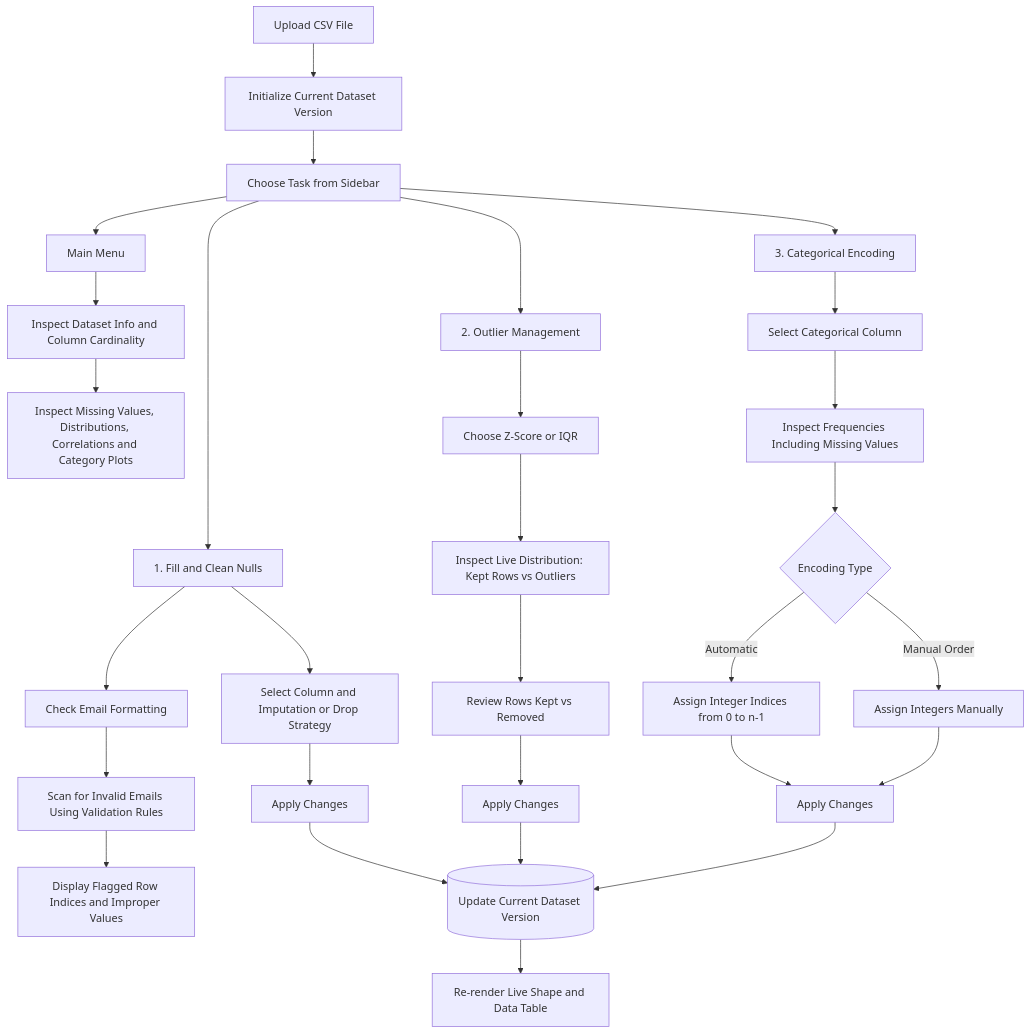
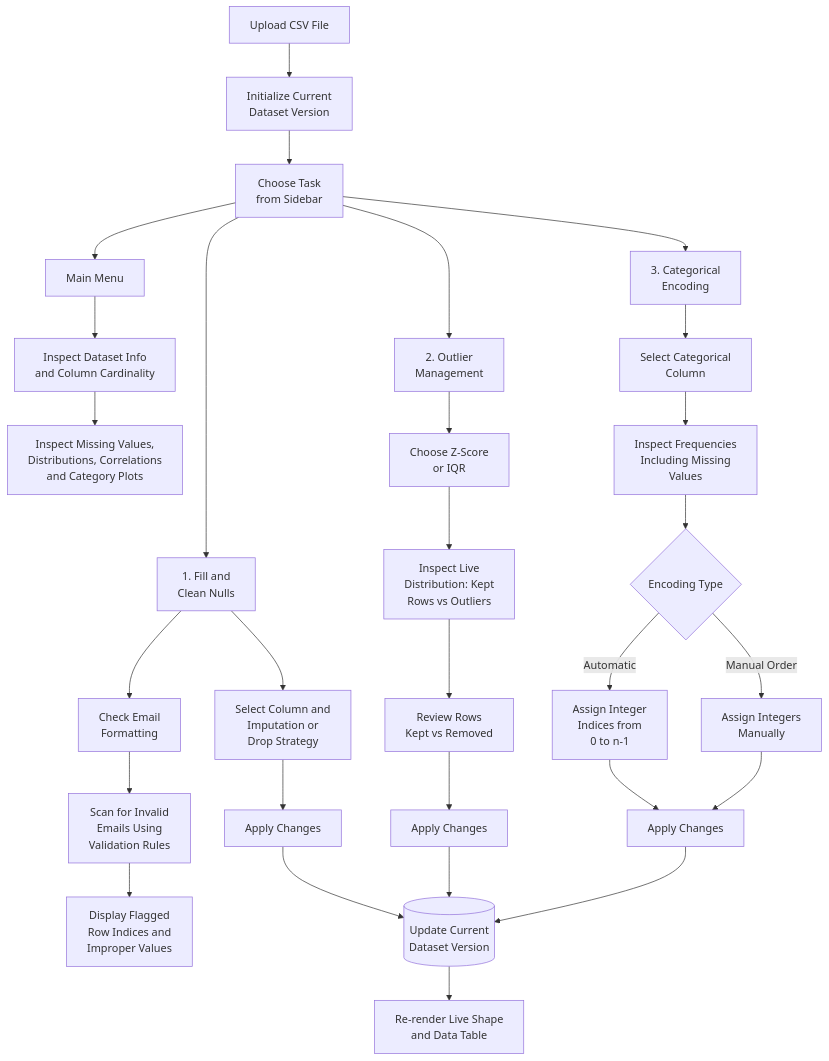
One commit to aniketbhopale/DataLave changed the second of 2 diagrams in README.md. Above: the diagram before and after it, drawn with Mermaid. The commit also changed other lines of this file, not shown here.

Commit message:
minor flow change

````diff
--- a/README.md
+++ b/README.md
@@ -71,40 +71,40 @@
 ```mermaid
 
 flowchart TD
-    A["Upload CSV File"] --> B["Initialize Current Dataset Version"]
-    B --> C["Choose Task from Sidebar"]
+    A["Upload CSV File"] --> B["Initialize Current<br/>Dataset Version"]
+    B --> C["Choose Task<br/>from Sidebar"]
 
     C --> D["Main Menu"]
-    C --> E["1. Fill and Clean Nulls"]
-    C --> F["2. Outlier Management"]
-    C --> G["3. Categorical Encoding"]
+    C --> E["1. Fill and<br/>Clean Nulls"]
+    C --> F["2. Outlier<br/>Management"]
+    C --> G["3. Categorical<br/>Encoding"]
 
-    D --> D1["Inspect Dataset Info and Column Cardinality"]
-    D1 --> D2["Inspect Missing Values, Distributions, Correlations and Category Plots"]
+    D --> D1["Inspect Dataset Info<br/>and Column Cardinality"]
+    D1 --> D2["Inspect Missing Values,<br/>Distributions, Correlations<br/>and Category Plots"]
 
-    E --> E1["Select Column and Imputation or Drop Strategy"]
+    E --> E1["Select Column and<br/>Imputation or<br/>Drop Strategy"]
     E1 --> E2["Apply Changes"]
 
-    E --> E3["Check Email Formatting"]
-    E3 --> E4["Scan for Invalid Emails Using Validation Rules"]
-    E4 --> E5["Display Flagged Row Indices and Improper Values"]
+    E --> E3["Check Email<br/>Formatting"]
+    E3 --> E4["Scan for Invalid<br/>Emails Using<br/>Validation Rules"]
+    E4 --> E5["Display Flagged<br/>Row Indices and<br/>Improper Values"]
 
-    F --> F1["Choose Z-Score or IQR"]
-    F1 --> F2["Inspect Live Distribution: Kept Rows vs Outliers"]
-    F2 --> F3["Review Rows Kept vs Removed"]
+    F --> F1["Choose Z-Score<br/>or IQR"]
+    F1 --> F2["Inspect Live<br/>Distribution: Kept<br/>Rows vs Outliers"]
+    F2 --> F3["Review Rows<br/>Kept vs Removed"]
     F3 --> F4["Apply Changes"]
 
-    G --> G1["Select Categorical Column"]
-    G1 --> G2["Inspect Frequencies Including Missing Values"]
+    G --> G1["Select Categorical<br/>Column"]
+    G1 --> G2["Inspect Frequencies<br/>Including Missing<br/>Values"]
     G2 --> G3{"Encoding Type"}
-    G3 -->|Automatic| G4["Assign Integer Indices from 0 to n-1"]
-    G3 -->|Manual Order| G5["Assign Integers Manually"]
+    G3 -->|Automatic| G4["Assign Integer<br/>Indices from<br/>0 to n-1"]
+    G3 -->|Manual Order| G5["Assign Integers<br/>Manually"]
     G4 --> G6["Apply Changes"]
     G5 --> G6
 
-    E2 --> H[("Update Current Dataset Version")]
+    E2 --> H[("Update Current<br/>Dataset Version")]
     F4 --> H
     G6 --> H
-    H --> I["Re-render Live Shape and Data Table"]
+    H --> I["Re-render Live Shape<br/>and Data Table"]
 
 ```
````
